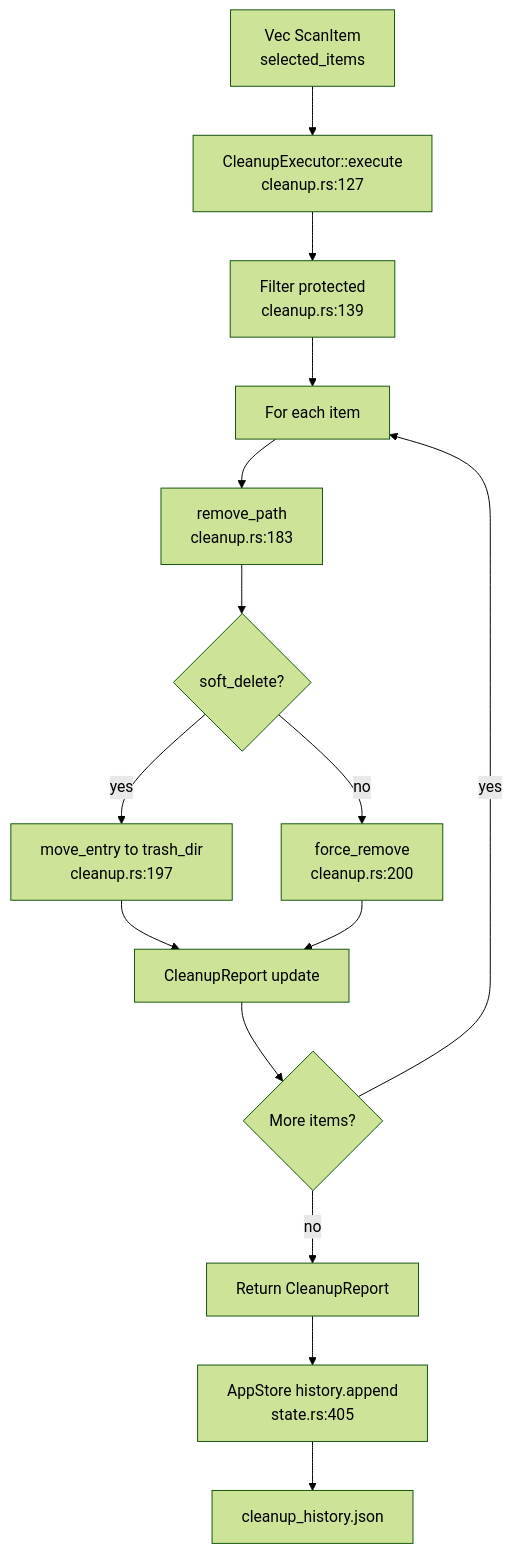
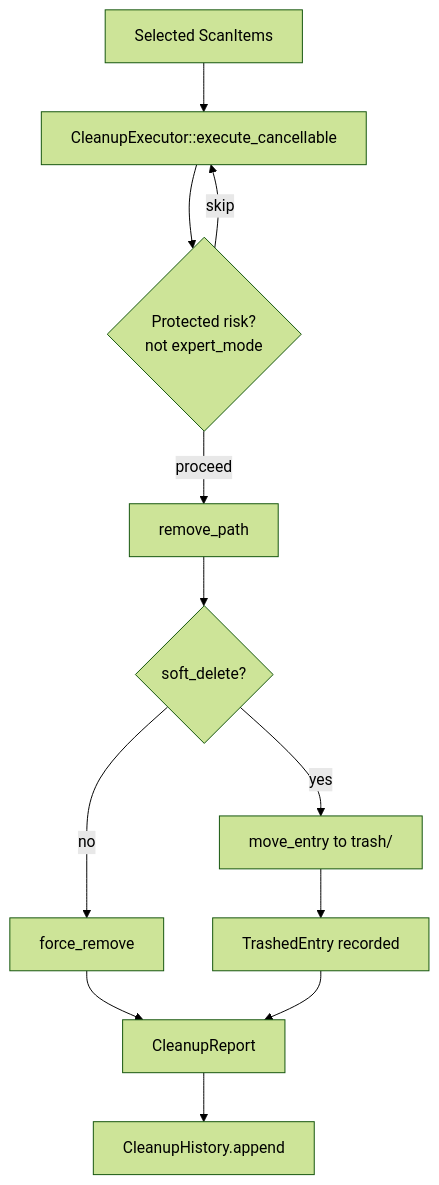
Before and after one commit to sopaco/CLV3000-Plus: the diagram in .terrain/human/4.Deep-Exploration/cleanup.md, drawn with Mermaid (forest theme). The commit also changed other lines of this file and 55 other files, not shown here.

````diff
--- a/.terrain/human/4.Deep-Exploration/cleanup.md
+++ b/.terrain/human/4.Deep-Exploration/cleanup.md
@@ -54,17 +47,14 @@
 ```mermaid
 flowchart TD
-    A["Vec ScanItem<br/>selected_items"] --> B["CleanupExecutor::execute<br/>cleanup.rs:127"]
-    B --> C["Filter protected<br/>cleanup.rs:139"]
-    C --> D["For each item"]
-    D --> E["remove_path<br/>cleanup.rs:183"]
-    E --> F{"soft_delete?"}
-    F -->|yes| G["move_entry to trash_dir<br/>cleanup.rs:197"]
-    F -->|no| H["force_remove<br/>cleanup.rs:200"]
-    G --> I["CleanupReport update"]
+    A["Selected ScanItems"] --> B["CleanupExecutor::execute_cancellable"]
+    B --> C{"Protected risk?<br/>not expert_mode"}
+    C -->|skip| B
+    C -->|proceed| D["remove_path"]
+    D --> E{"soft_delete?"}
+    E -->|yes| F["move_entry to trash/"]
+    E -->|no| G["force_remove"]
+    F --> H["TrashedEntry recorded"]
+    G --> I["CleanupReport"]
     H --> I
-    I --> J{"More items?"}
-    J -->|yes| D
-    J -->|no| K["Return CleanupReport"]
-    K --> L["AppStore history.append<br/>state.rs:405"]
-    L --> M["cleanup_history.json"]
+    I --> J["CleanupHistory.append"]
 ```
````
